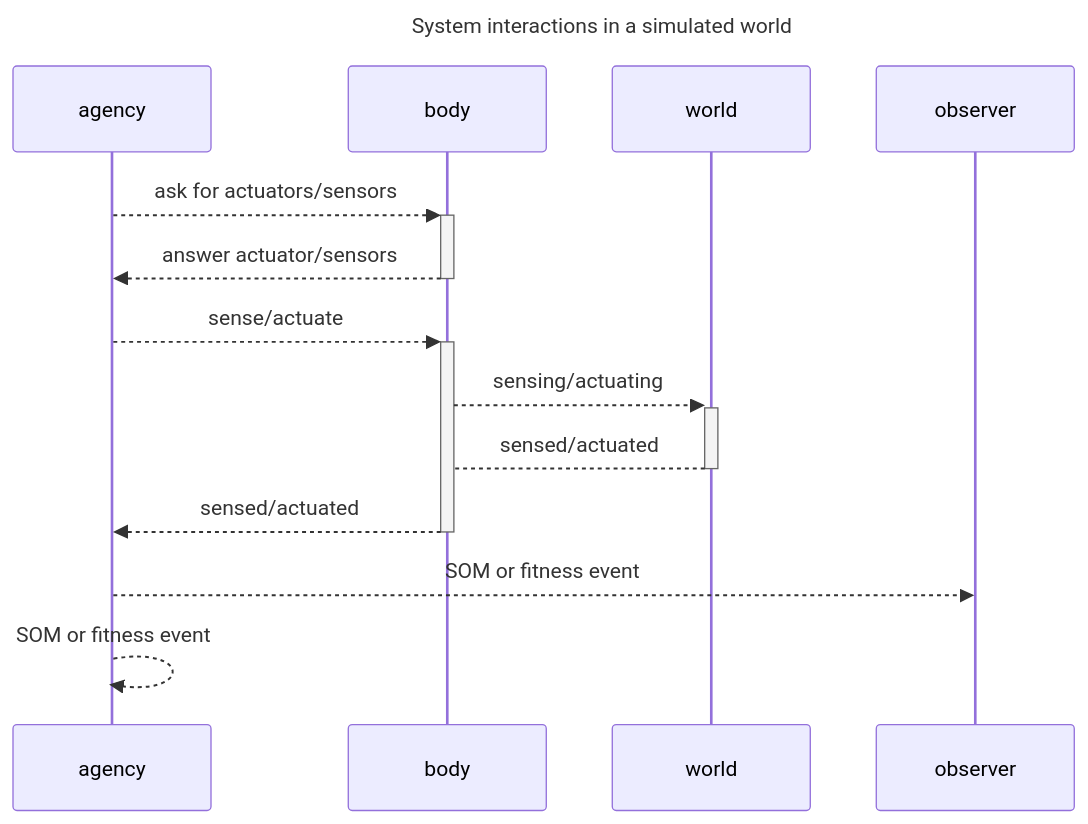
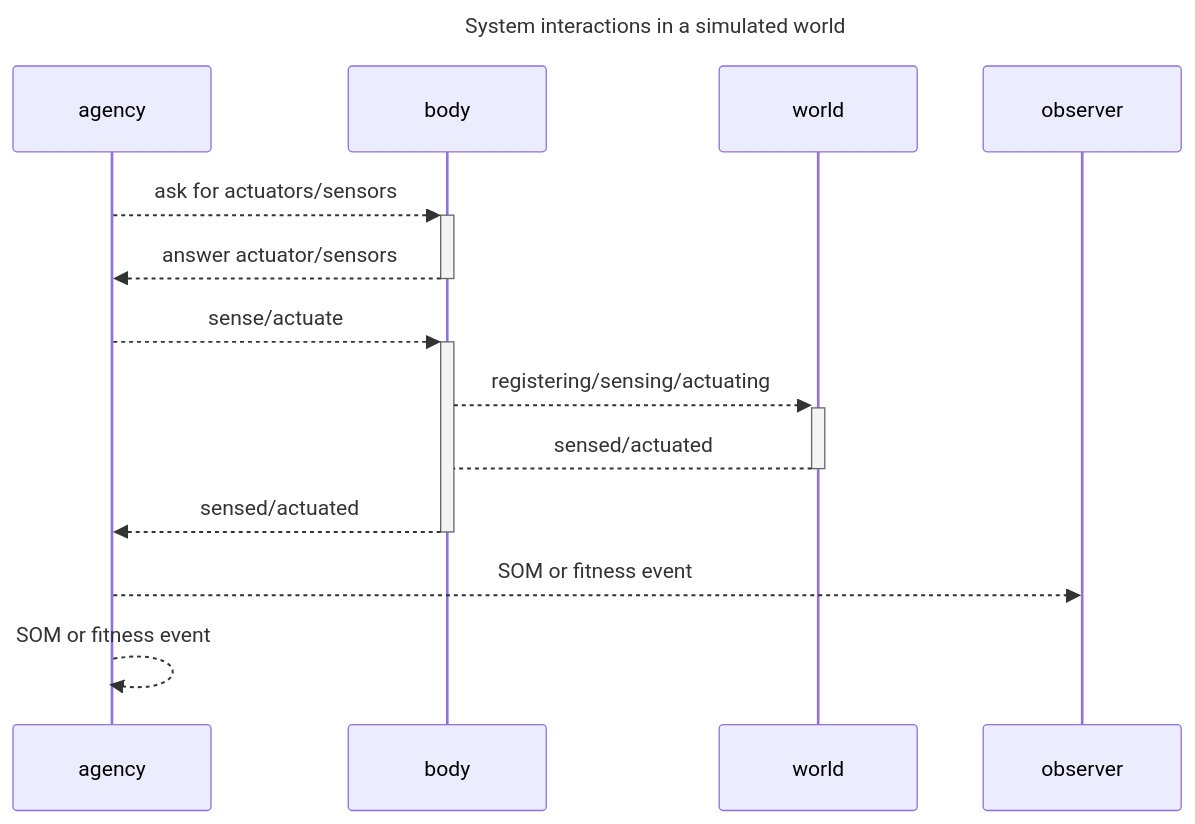
One commit to jfcloutier/karma_system changed the fourth of 4 diagrams in system.md. Above: the diagram before and after it, drawn with Mermaid. The commit also changed 1 other file, not shown here.

Commit message:
About karma

````diff
--- a/system.md
+++ b/system.md
@@ -126,19 +126,19 @@
 ```mermaid
 ---
 title: System interactions in a simulated world
 ---
 
 sequenceDiagram;
     participant agency
     participant body
     participant world
     participant observer
     agency-->>+body: ask for actuators/sensors
     body-->>-agency: answer actuator/sensors
     agency-->>+body: sense/actuate
-    body-->>+world: sensing/actuating
+    body-->>+world: registering/sensing/actuating
     world-->-body: sensed/actuated
     body-->>-agency: sensed/actuated
     agency-->>observer: SOM or fitness event
     agency-->>agency: SOM or fitness event
 ```
````
